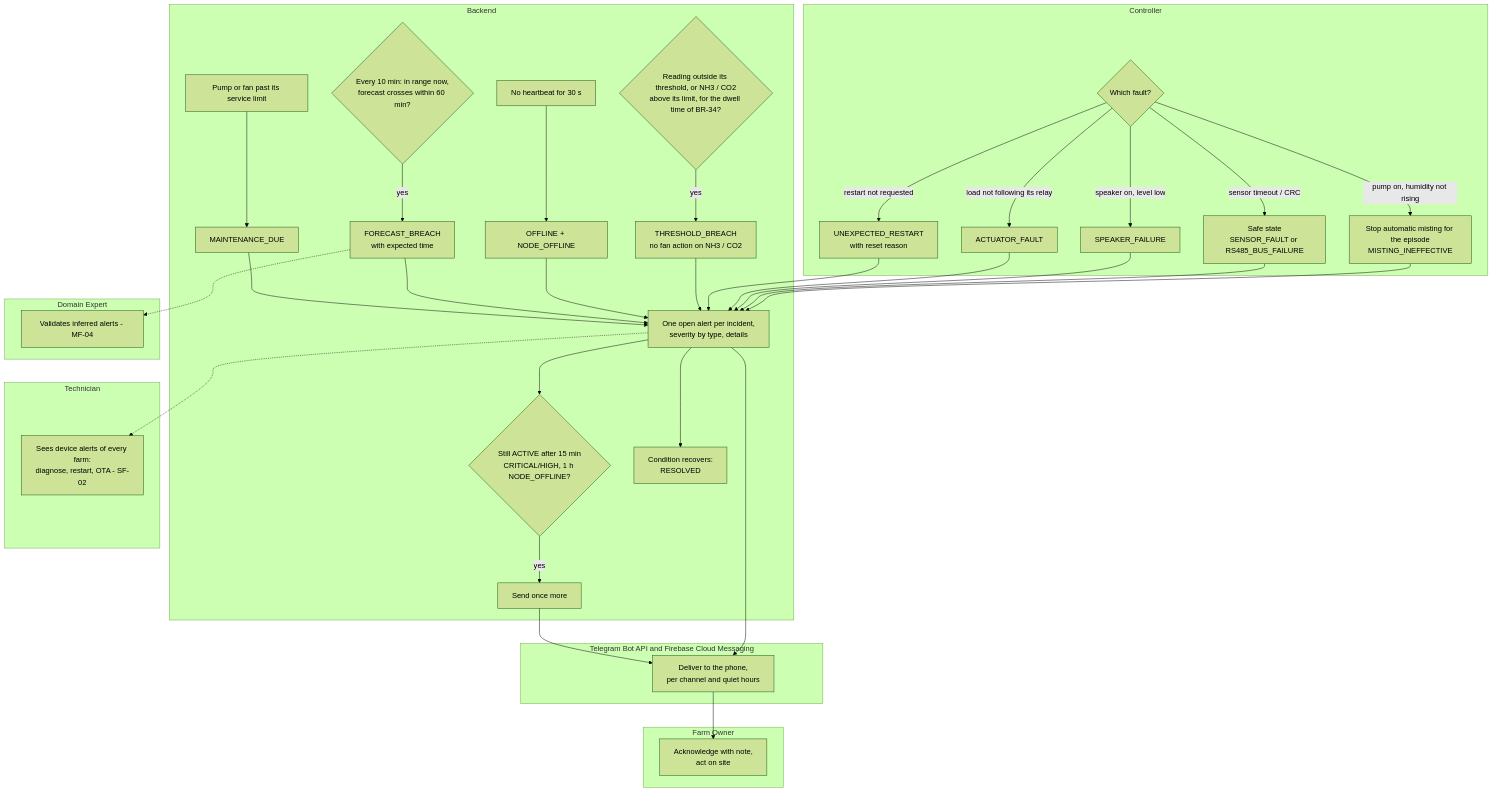
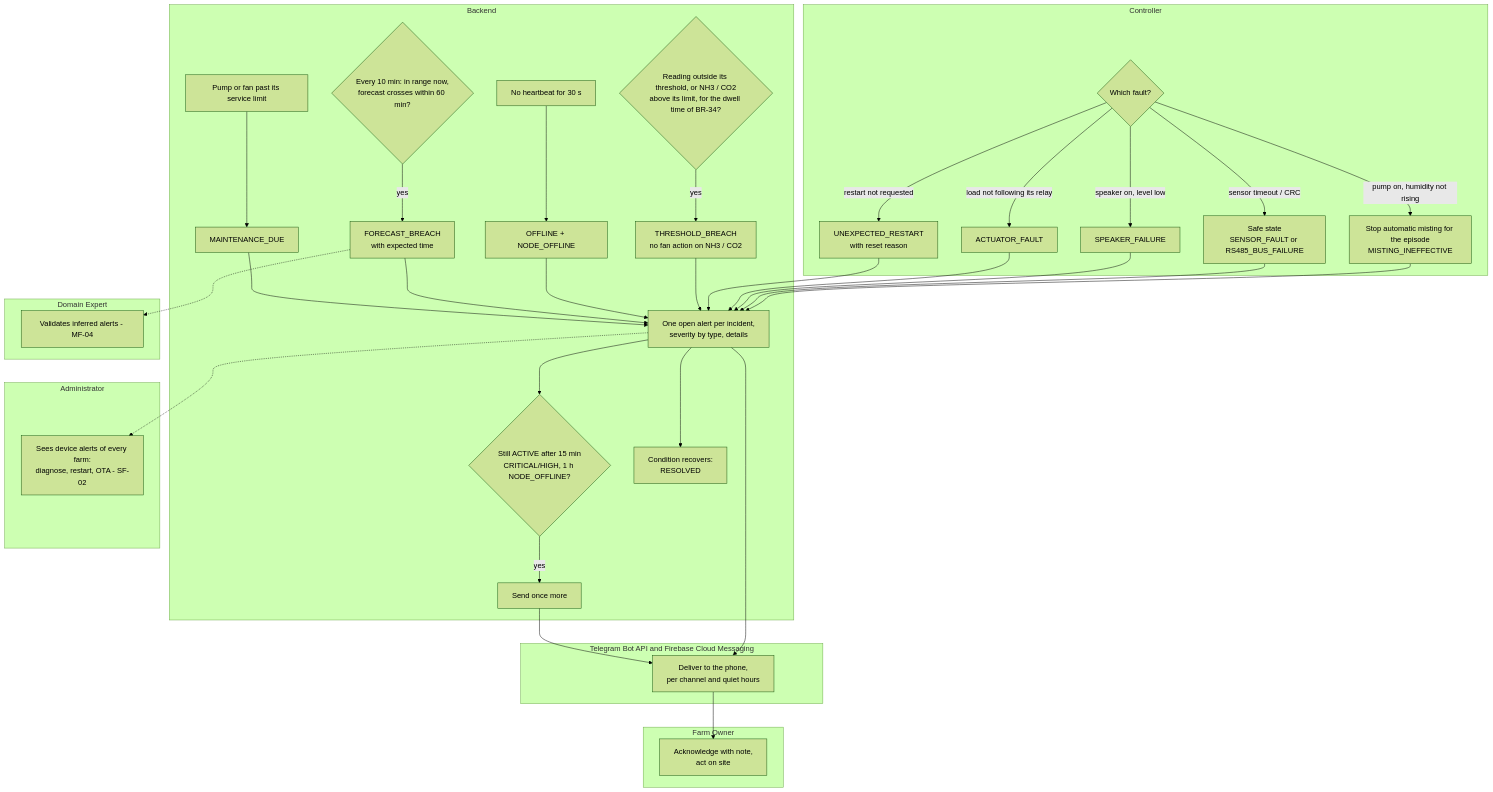
One commit to NBao261/SwiftletCare_KLTN changed diagram 22 of 31 in docs/reports/report4-sdd.md. Above: the diagram before and after it, drawn with Mermaid (forest theme). The commit also changed other lines of this file and 18 other files, not shown here.

````diff
--- a/docs/reports/report4-sdd.md
+++ b/docs/reports/report4-sdd.md
@@ -1040,40 +1040,40 @@
 ```mermaid
 flowchart TB
   subgraph C[Controller]
     A1{Which fault?}
     A1 -- pump on, humidity not rising --> A2[Stop automatic misting for the episode<br/>MISTING_INEFFECTIVE]
     A1 -- sensor timeout / CRC --> A3[Safe state<br/>SENSOR_FAULT or RS485_BUS_FAILURE]
     A1 -- speaker on, level low --> A4[SPEAKER_FAILURE]
     A1 -- load not following its relay --> A5[ACTUATOR_FAULT]
     A1 -- restart not requested --> A6[UNEXPECTED_RESTART<br/>with reset reason]
   end
   subgraph B[Backend]
     B1{Reading outside its threshold, or NH3 / CO2<br/>above its limit, for the dwell time of BR-34?} -- yes --> B2[THRESHOLD_BREACH<br/>no fan action on NH3 / CO2]
     B3[No heartbeat for 30 s] --> B4[OFFLINE + NODE_OFFLINE]
     B5{Every 10 min: in range now,<br/>forecast crosses within 60 min?} -- yes --> B6[FORECAST_BREACH<br/>with expected time]
     B7[Pump or fan past its service limit] --> B8[MAINTENANCE_DUE]
     B9[One open alert per incident,<br/>severity by type, details]
     B10{Still ACTIVE after 15 min<br/>CRITICAL/HIGH, 1 h NODE_OFFLINE?} -- yes --> B11[Send once more]
     B12[Condition recovers:<br/>RESOLVED]
   end
   subgraph N[Telegram Bot API and Firebase Cloud Messaging]
     N1[Deliver to the phone,<br/>per channel and quiet hours]
   end
   subgraph O[Farm Owner]
     O1[Acknowledge with note,<br/>act on site]
   end
-  subgraph T[Technician]
+  subgraph T[Administrator]
     T1[Sees device alerts of every farm:<br/>diagnose, restart, OTA - SF-02]
   end
   subgraph E[Domain Expert]
     E1[Validates inferred alerts - MF-04]
   end
   A2 & A3 & A4 & A5 & A6 --> B9
   B2 & B4 & B6 & B8 --> B9
   B9 --> N1 --> O1
   B9 --> B10
   B11 --> N1
   B9 --> B12
   B9 -.-> T1
   B6 -.-> E1
 ```
````
